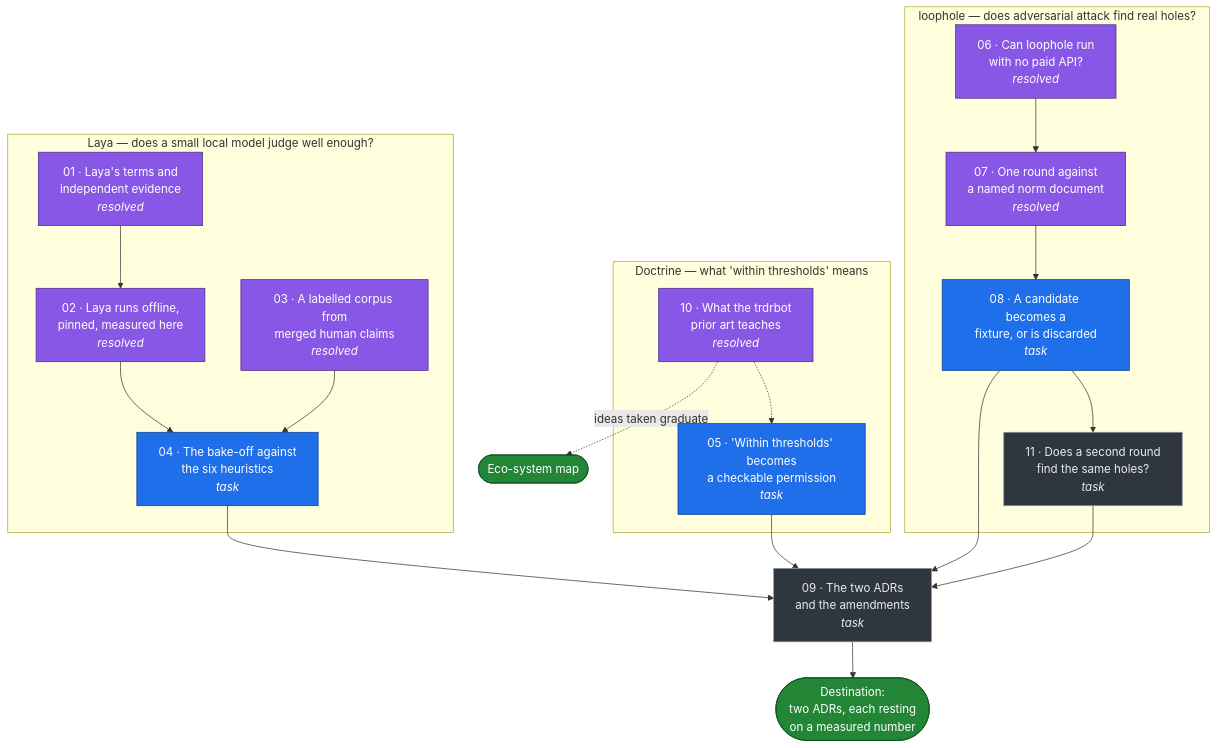
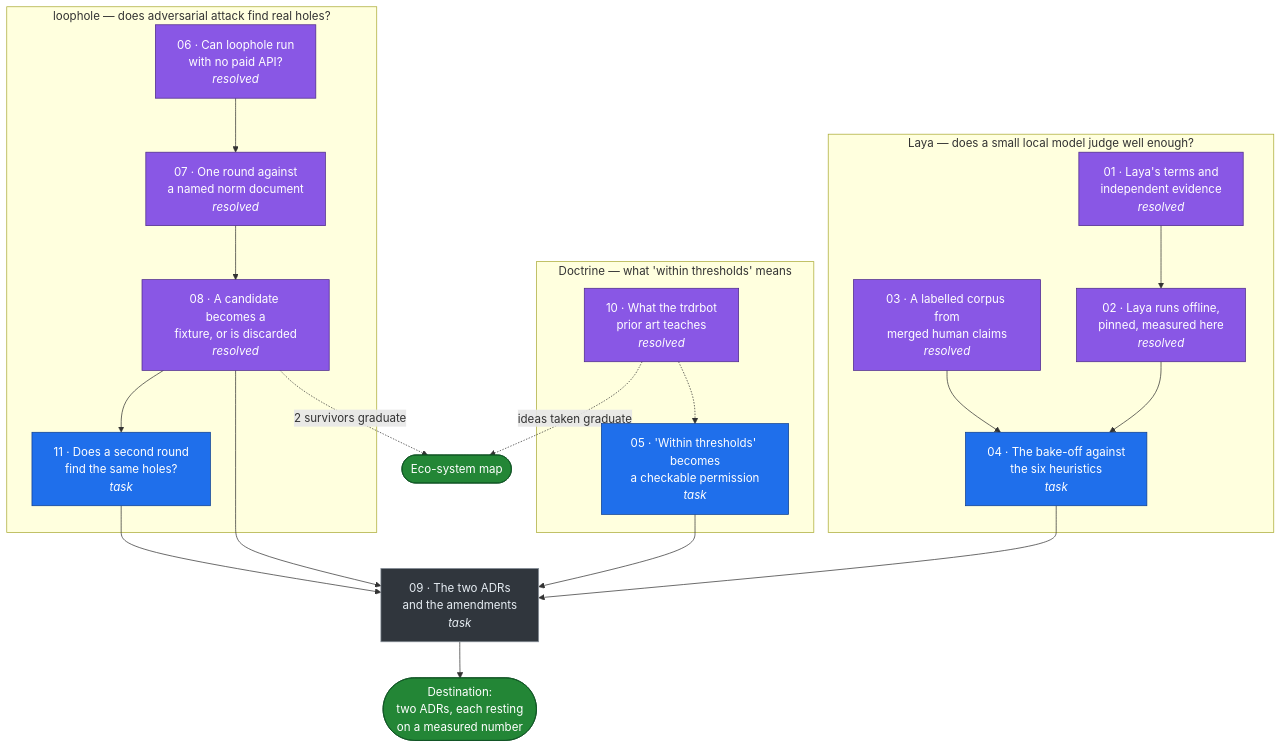
One commit to policy-as-versioned-flux/policy-as-versioned-flux changed the diagram in .scratch/laya-loophole/map.md. Above: the diagram before and after it, drawn with Mermaid. The commit also changed other lines of this file and 6 other files, not shown here.

````diff
--- a/.scratch/laya-loophole/map.md
+++ b/.scratch/laya-loophole/map.md
@@ -228,42 +258,43 @@
 ```mermaid
 flowchart TD
     subgraph laya["Laya — does a small local model judge well enough?"]
         T01["01 · Laya's terms and<br/>independent evidence<br/><i>resolved</i>"]
         T02["02 · Laya runs offline,<br/>pinned, measured here<br/><i>resolved</i>"]
         T03["03 · A labelled corpus from<br/>merged human claims<br/><i>resolved</i>"]
         T04["04 · The bake-off against<br/>the six heuristics<br/><i>task</i>"]
         T01 --> T02 --> T04
         T03 --> T04
     end
 
     subgraph doctrine["Doctrine — what 'within thresholds' means"]
         T10["10 · What the trdrbot<br/>prior art teaches<br/><i>resolved</i>"]
         T05["05 · 'Within thresholds' becomes<br/>a checkable permission<br/><i>task</i>"]
         T10 -.-> T05
     end
 
     subgraph loophole["loophole — does adversarial attack find real holes?"]
         T06["06 · Can loophole run<br/>with no paid API?<br/><i>resolved</i>"]
         T07["07 · One round against<br/>a named norm document<br/><i>resolved</i>"]
-        T08["08 · A candidate becomes a<br/>fixture, or is discarded<br/><i>task</i>"]
+        T08["08 · A candidate becomes a<br/>fixture, or is discarded<br/><i>resolved</i>"]
         T11["11 · Does a second round<br/>find the same holes?<br/><i>task</i>"]
         T06 --> T07 --> T08 --> T11
     end
 
     T09["09 · The two ADRs<br/>and the amendments<br/><i>task</i>"]
     T04 --> T09
     T05 --> T09
     T08 --> T09
     T11 --> T09
     T09 --> DEST(["Destination:<br/>two ADRs, each resting<br/>on a measured number"])
     T10 -. "ideas taken graduate" .-> ECO(["Eco-system map"])
+    T08 -. "2 survivors graduate" .-> ECO
 
     classDef frontier fill:#1f6feb,stroke:#0b3d91,color:#fff
     classDef blocked fill:#30363d,stroke:#8b949e,color:#e6edf3
     classDef done fill:#8957e5,stroke:#4c2889,color:#fff
     classDef dest fill:#238636,stroke:#0f5323,color:#fff
-    class T04,T05,T08 frontier
-    class T09,T11 blocked
-    class T01,T02,T03,T06,T07,T10 done
+    class T04,T05,T11 frontier
+    class T09 blocked
+    class T01,T02,T03,T06,T07,T08,T10 done
     class DEST,ECO dest
 ```
````
